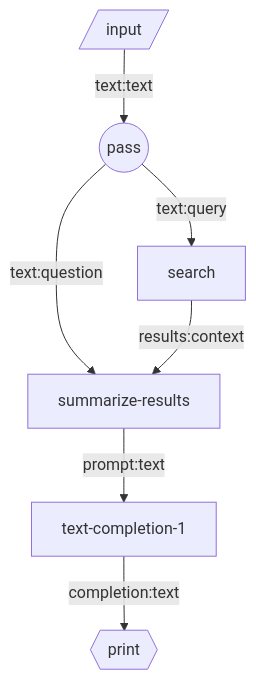
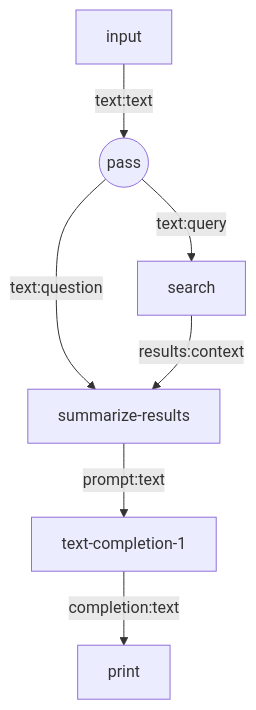
One commit to breadboard-ai/breadboard changed the diagram in seeds/graph-playground/docs/graphs/search-summarize.md. Above: the diagram before and after it, drawn with Mermaid. The commit also changed 22 other files, not shown here.

First line of the commit message:
[graph-playground] Renaming input and output.

````diff
--- a/seeds/graph-playground/docs/graphs/search-summarize.md
+++ b/seeds/graph-playground/docs/graphs/search-summarize.md
@@ -4,9 +4,9 @@
 ```mermaid
 graph TD;
-input[/input/] -- text:text --> pass((pass))
+input -- text:text --> pass((pass))
 pass((pass)) -- text:query --> search
 pass((pass)) -- text:question --> summarize-results
 search -- results:context --> summarize-results
 summarize-results -- prompt:text --> text-completion-1
-text-completion-1 -- completion:text --> print{{print}}
+text-completion-1 -- completion:text --> print
 ```
````
